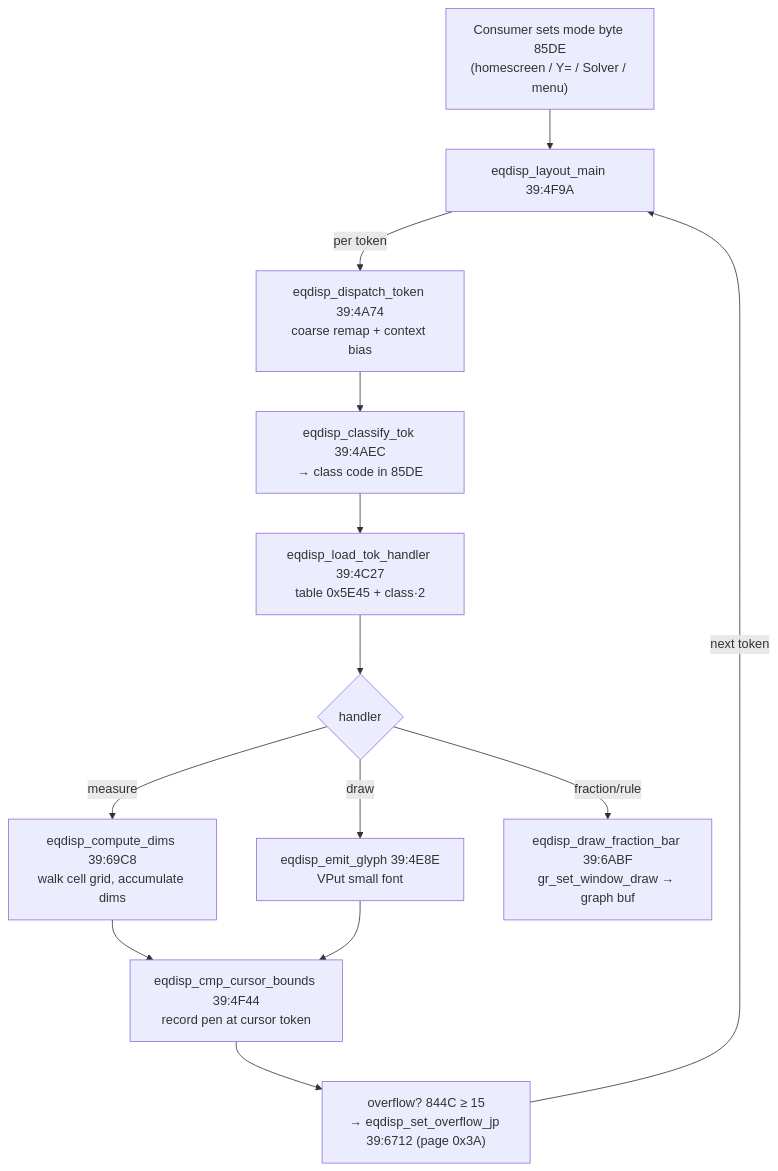
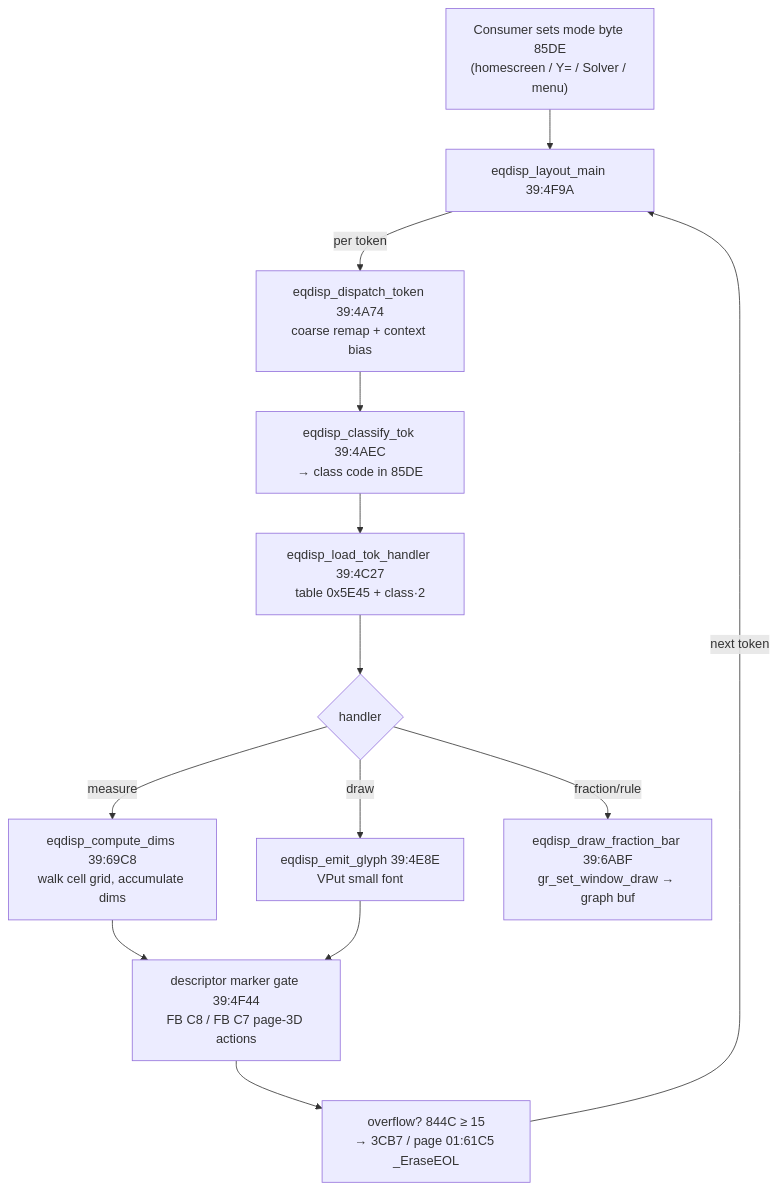
The diagram in docs/sub-equation-display.md (siraben/ti84p-re), drawn with Mermaid before and after one commit. The commit also changed other lines of this file and 3 other files, not shown here.

````diff
--- a/docs/sub-equation-display.md
+++ b/docs/sub-equation-display.md
@@ -15,15 +15,15 @@
 ```mermaid
 flowchart TD
     C["Consumer sets mode byte 85DE<br/>(homescreen / Y= / Solver / menu)"] --> LM["eqdisp_layout_main 39:4F9A"]
     LM -->|per token| DT["eqdisp_dispatch_token 39:4A74<br/>coarse remap + context bias"]
     DT --> CL["eqdisp_classify_tok 39:4AEC<br/>→ class code in 85DE"]
     CL --> LH["eqdisp_load_tok_handler 39:4C27<br/>table 0x5E45 + class·2"]
     LH --> H{handler}
     H -->|measure| CD["eqdisp_compute_dims 39:69C8<br/>walk cell grid, accumulate dims"]
     H -->|draw| EM["eqdisp_emit_glyph 39:4E8E<br/>VPut small font"]
     H -->|fraction/rule| FB["eqdisp_draw_fraction_bar 39:6ABF<br/>gr_set_window_draw → graph buf"]
-    CD --> CB["eqdisp_cmp_cursor_bounds 39:4F44<br/>record pen at cursor token"]
+    CD --> CB["descriptor marker gate 39:4F44<br/>FB C8 / FB C7 page-3D actions"]
     EM --> CB
-    CB --> OV["overflow? 844C ≥ 15<br/>→ eqdisp_set_overflow_jp 39:6712 (page 0x3A)"]
+    CB --> OV["overflow? 844C ≥ 15<br/>→ 3CB7 / page 01:61C5 _EraseEOL"]
     OV -->|next token| LM
 ```
````
